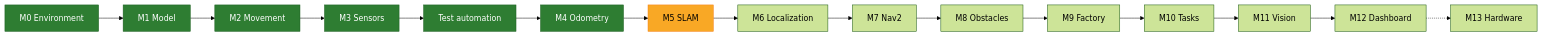
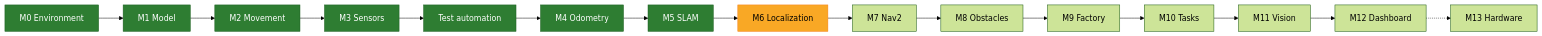
Before and after one commit to Nikhil-Jangid/smart-factory-amr: the first of 3 diagrams in README.md, drawn with Mermaid (forest theme). The commit also changed other lines of this file and 24 other files, not shown here.

````diff
--- a/README.md
+++ b/README.md
@@ -56,10 +56,10 @@
 ```mermaid
 flowchart LR
   M0[M0 Environment] --> M1[M1 Model] --> M2[M2 Movement] --> M3[M3 Sensors] --> TA[Test automation] --> M4[M4 Odometry]
   M4 --> M5[M5 SLAM] --> M6[M6 Localization] --> M7[M7 Nav2] --> M8[M8 Obstacles] --> M9[M9 Factory] --> M10[M10 Tasks]
   M10 --> M11[M11 Vision] --> M12[M12 Dashboard] -.-> M13[M13 Hardware]
   classDef done fill:#2e7d32,color:#fff,stroke:#1b5e20;
   classDef next fill:#f9a825,color:#000,stroke:#f57f17;
-  class M0,M1,M2,M3,TA,M4 done;
-  class M5 next;
+  class M0,M1,M2,M3,TA,M4,M5 done;
+  class M6 next;
 ```
````
